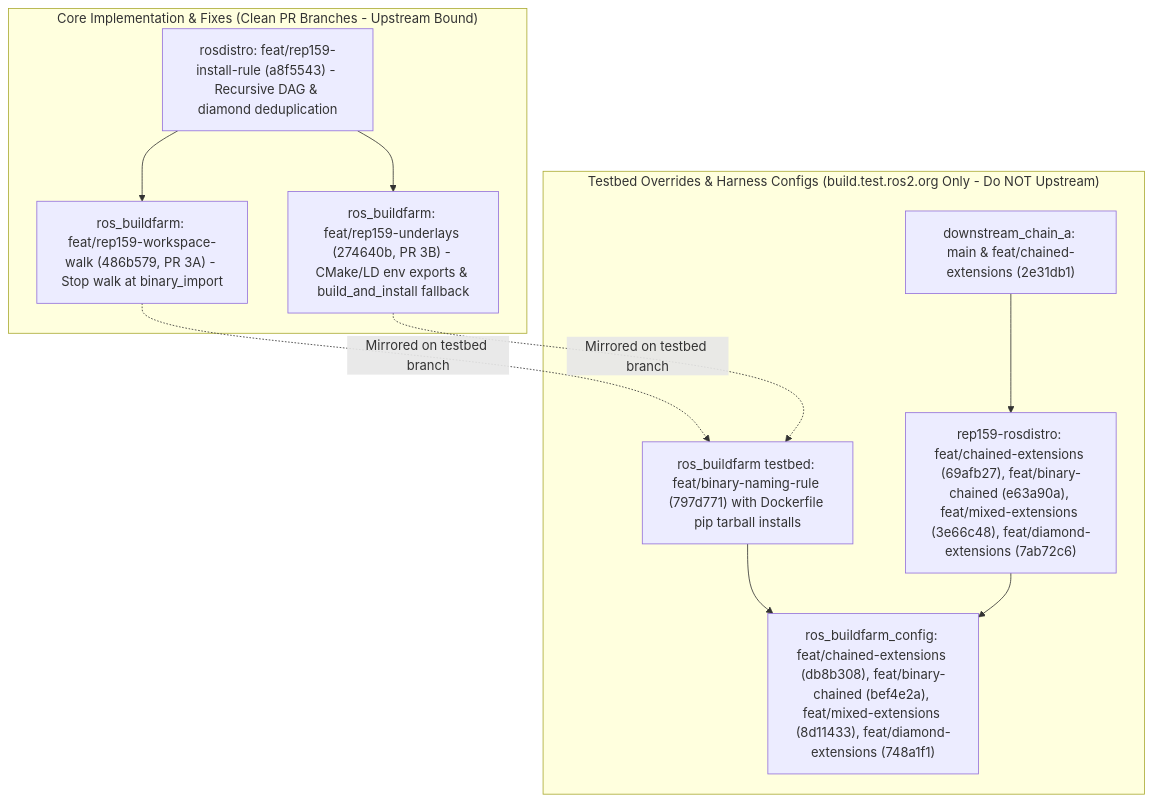
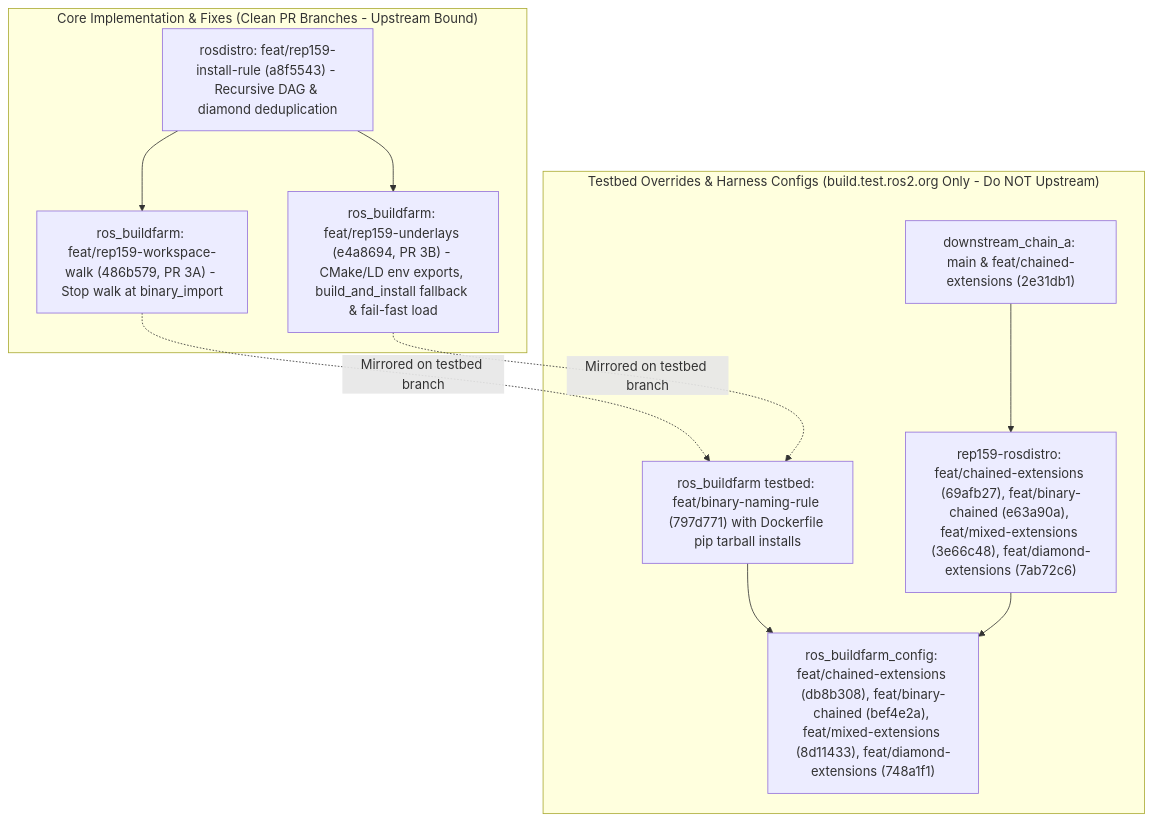
Before and after one commit to KmoM88/rep159-testing: the diagram in roadmap/stage3_topological_extensions.md, drawn with Mermaid. The commit also changed other lines of this file and 15 other files, not shown here.

````diff
--- a/roadmap/stage3_topological_extensions.md
+++ b/roadmap/stage3_topological_extensions.md
@@ -22,25 +22,25 @@
 ```mermaid
 flowchart TD
     subgraph Core ["Core Implementation & Fixes (Clean PR Branches - Upstream Bound)"]
         RD3["rosdistro: feat/rep159-install-rule (a8f5543) - Recursive DAG & diamond deduplication"]
         BF_WALK3["ros_buildfarm: feat/rep159-workspace-walk (486b579, PR 3A) - Stop walk at binary_import"]
-        BF_UND3["ros_buildfarm: feat/rep159-underlays (274640b, PR 3B) - CMake/LD env exports & build_and_install fallback"]
+        BF_UND3["ros_buildfarm: feat/rep159-underlays (e4a8694, PR 3B) - CMake/LD env exports, build_and_install fallback & fail-fast load"]
 
         RD3 --> BF_WALK3
         RD3 --> BF_UND3
     end
 
     subgraph Hacks ["Testbed Overrides & Harness Configs (build.test.ros2.org Only - Do NOT Upstream)"]
         BF_TEST3["ros_buildfarm testbed: feat/binary-naming-rule (797d771) with Dockerfile pip tarball installs"]
         DIST3["rep159-rosdistro: feat/chained-extensions (69afb27), feat/binary-chained (e63a90a), feat/mixed-extensions (3e66c48), feat/diamond-extensions (7ab72c6)"]
         CFG3["ros_buildfarm_config: feat/chained-extensions (db8b308), feat/binary-chained (bef4e2a), feat/mixed-extensions (8d11433), feat/diamond-extensions (748a1f1)"]
         PKG3["downstream_chain_a: main & feat/chained-extensions (2e31db1)"]
 
         BF_TEST3 --> CFG3
         DIST3 --> CFG3
         PKG3 --> DIST3
     end
 
     BF_WALK3 -.->|"Mirrored on testbed branch"| BF_TEST3
     BF_UND3 -.->|"Mirrored on testbed branch"| BF_TEST3
 ```
````
